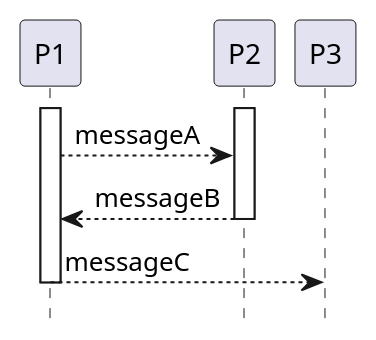
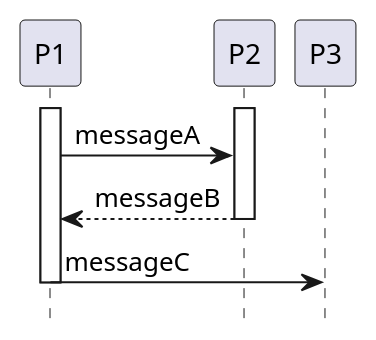
One commit to gigl-uml/Guide_uml_polymtl changed the diagram in plant_uml/execOccurence.plantuml. Above: the diagram before and after it, drawn with PlantUML. The commit also changed 20 other files, not shown here.

Commit message:
modified plantUML diagrams

```diff
--- a/plant_uml/execOccurence.plantuml
+++ b/plant_uml/execOccurence.plantuml
@@ -1,17 +1,17 @@
 @startuml
 skinparam backgroundcolor transparent
 hide footbox
 
 participant P1
 participant P2
 participant P3
 
 activate P1
   activate P2
-    P1 --> P2: messageA
+    P1 -> P2: messageA
     P1 <-- P2: messageB
   deactivate P2
-  P1 --> P3: messageC
+  P1 -> P3: messageC
 deactivate P1
 
 @enduml
```
